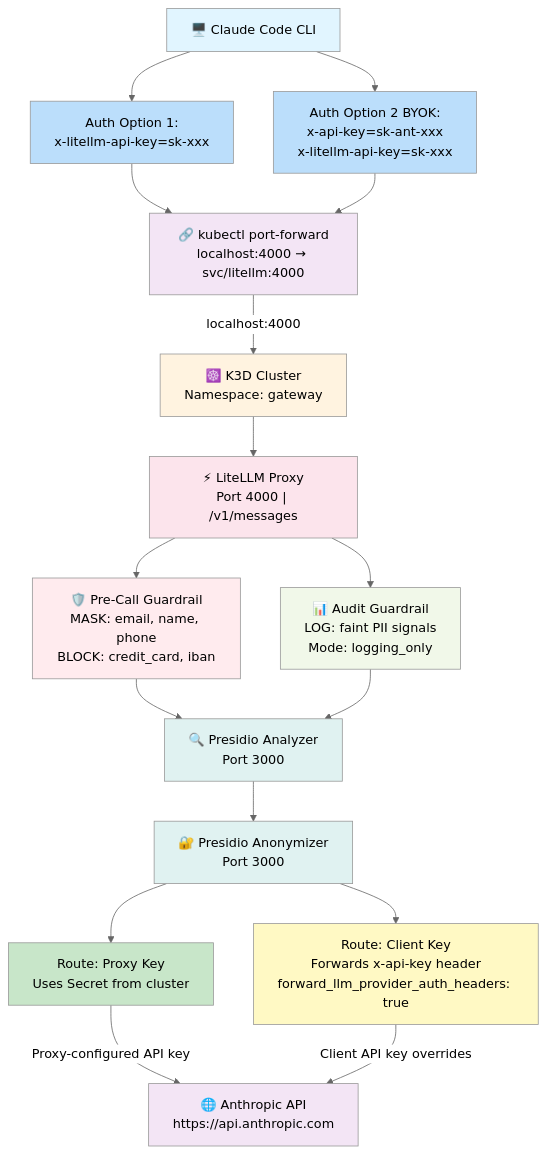
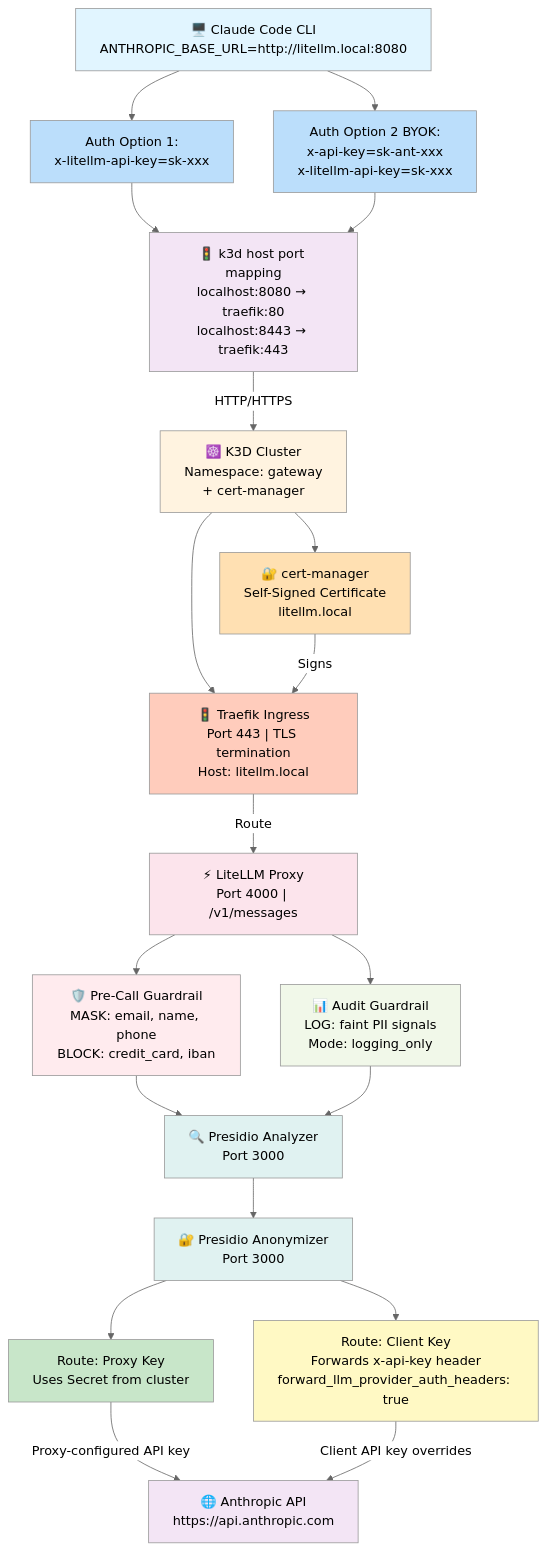
Before and after one commit to bricelalu/claude-code-pii-guardian: the diagram in README.md, drawn with Mermaid (neutral theme). The commit also changed other lines of this file and 8 other files, not shown here.

````diff
--- a/README.md
+++ b/README.md
@@ -116,59 +115,68 @@
 ```mermaid
 graph TD
-    CLI["🖥️ Claude Code CLI"]
+    CLI["🖥️ Claude Code CLI<br/>ANTHROPIC_BASE_URL=http://litellm.local:8080"]
     
     CLI1["Auth Option 1:<br/>x-litellm-api-key=sk-xxx"]
     CLI2["Auth Option 2 BYOK:<br/>x-api-key=sk-ant-xxx<br/>x-litellm-api-key=sk-xxx"]
     
-    PF["🔗 kubectl port-forward<br/>localhost:4000 → svc/litellm:4000"]
+    PF["🚦 k3d host port mapping<br/>localhost:8080 → traefik:80<br/>localhost:8443 → traefik:443"]
     
-    K3D["☸️ K3D Cluster<br/>Namespace: gateway"]
+    K3D["☸️ K3D Cluster<br/>Namespace: gateway<br/>+ cert-manager"]
+    
+    CERT["🔐 cert-manager<br/>Self-Signed Certificate<br/>litellm.local"]
+    
+    TRAEFIK["🚦 Traefik Ingress<br/>Port 443 | TLS termination<br/>Host: litellm.local"]
     
     LLM["⚡ LiteLLM Proxy<br/>Port 4000 | /v1/messages"]
     
     PRE["🛡️ Pre-Call Guardrail<br/>MASK: email, name, phone<br/>BLOCK: credit_card, iban"]
     
     AUDIT["📊 Audit Guardrail<br/>LOG: faint PII signals<br/>Mode: logging_only"]
     
     ANALYZER["🔍 Presidio Analyzer<br/>Port 3000"]
     
     ANON["🔐 Presidio Anonymizer<br/>Port 3000"]
     
     ROUTE1["Route: Proxy Key<br/>Uses Secret from cluster"]
     ROUTE2["Route: Client Key<br/>Forwards x-api-key header<br/>forward_llm_provider_auth_headers: true"]
     
     ANTHROPIC["🌐 Anthropic API<br/>https://api.anthropic.com"]
     
     CLI --> CLI1
     CLI --> CLI2
     CLI1 --> PF
     CLI2 --> PF
-    PF -->|localhost:4000| K3D
-    K3D --> LLM
+    PF -->|HTTP/HTTPS| K3D
+    K3D --> CERT
+    K3D --> TRAEFIK
+    CERT -->|Signs| TRAEFIK
+    TRAEFIK -->|Route| LLM
     
     LLM --> PRE
     LLM --> AUDIT
     PRE --> ANALYZER
     AUDIT --> ANALYZER
     ANALYZER --> ANON
     
     ANON --> ROUTE1
     ANON --> ROUTE2
     
     ROUTE1 -->|Proxy-configured API key| ANTHROPIC
     ROUTE2 -->|Client API key overrides| ANTHROPIC
     
     style CLI fill:#e1f5ff
     style CLI1 fill:#bbdefb
     style CLI2 fill:#bbdefb
     style PF fill:#f3e5f5
     style K3D fill:#fff3e0
+    style CERT fill:#ffe0b2
+    style TRAEFIK fill:#ffccbc
     style LLM fill:#fce4ec
     style PRE fill:#ffebee
     style AUDIT fill:#f1f8e9
     style ANALYZER fill:#e0f2f1
     style ANON fill:#e0f2f1
     style ROUTE1 fill:#c8e6c9
     style ROUTE2 fill:#fff9c4
     style ANTHROPIC fill:#f3e5f5
 ```
````
